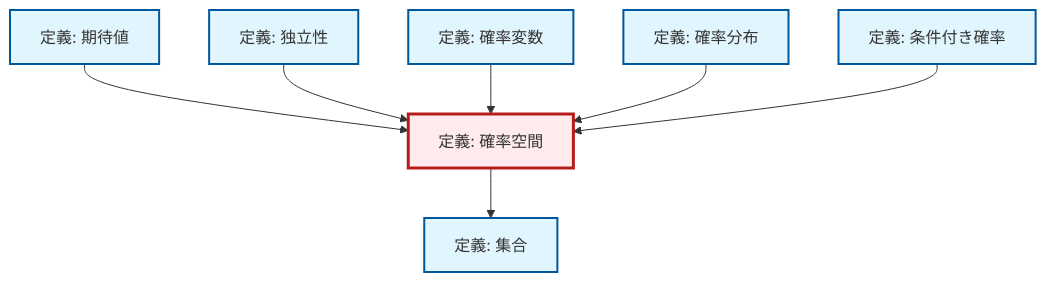
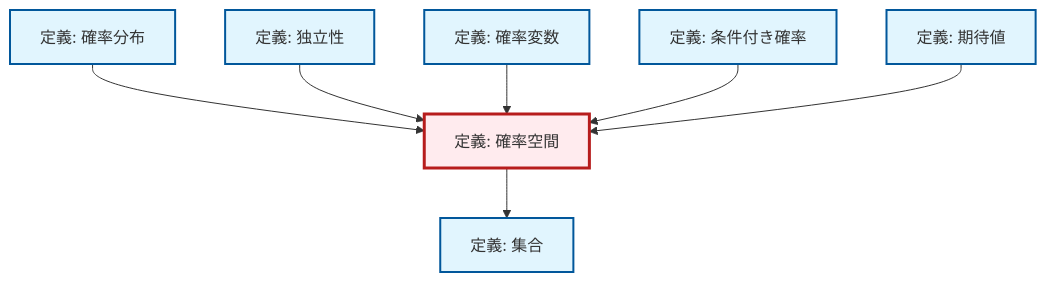
The diagram in content/ja/probability-statistics/def-probability-space.qmd (RK0429/ModernMath), drawn with Mermaid before and after one commit. The commit also changed other lines of this file and 328 other files, not shown here.

````diff
--- a/content/ja/probability-statistics/def-probability-space.qmd
+++ b/content/ja/probability-statistics/def-probability-space.qmd
@@ -47,29 +47,29 @@
 ```{mermaid}
 %%| fig-cap: "ローカル依存関係グラフ"
 graph TD
     classDef definition fill:#e1f5fe,stroke:#01579b,stroke-width:2px
     classDef theorem fill:#f3e5f5,stroke:#4a148c,stroke-width:2px
     classDef axiom fill:#fff3e0,stroke:#e65100,stroke-width:2px
     classDef example fill:#e8f5e9,stroke:#1b5e20,stroke-width:2px
     classDef current fill:#ffebee,stroke:#b71c1c,stroke-width:3px
+    def-random-variable["定義: 確率変数"]:::definition
+    def-independence["定義: 独立性"]:::definition
     def-set["定義: 集合"]:::definition
+    def-probability-distribution["定義: 確率分布"]:::definition
     def-probability-space["定義: 確率空間"]:::definition
-    def-independence["定義: 独立性"]:::definition
     def-expectation["定義: 期待値"]:::definition
-    def-probability-distribution["定義: 確率分布"]:::definition
     def-conditional-probability["定義: 条件付き確率"]:::definition
-    def-random-variable["定義: 確率変数"]:::definition
+    def-probability-distribution --> def-probability-space
+    def-independence --> def-probability-space
+    def-probability-space --> def-set
+    def-random-variable --> def-probability-space
+    def-conditional-probability --> def-probability-space
     def-expectation --> def-probability-space
-    def-probability-space --> def-set
-    def-independence --> def-probability-space
-    def-random-variable --> def-probability-space
-    def-probability-distribution --> def-probability-space
-    def-conditional-probability --> def-probability-space
     class def-probability-space current
+    click def-random-variable "def-random-variable.html" "確率変数の定義へ"
+    click def-independence "def-independence.html" "独立性の定義へ"
     click def-set "def-set.html" "集合の定義へ"
-    click def-independence "def-independence.html" "独立性の定義へ"
+    click def-probability-distribution "def-probability-distribution.html" "確率分布の定義へ"
     click def-expectation "def-expectation.html" "期待値の定義へ"
-    click def-probability-distribution "def-probability-distribution.html" "確率分布の定義へ"
     click def-conditional-probability "def-conditional-probability.html" "条件付き確率の定義へ"
-    click def-random-variable "def-random-variable.html" "確率変数の定義へ"
 ```
````
